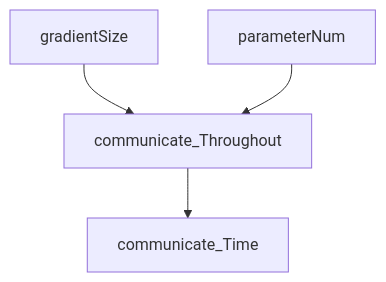
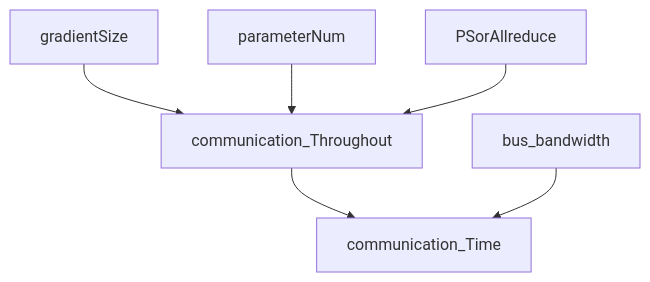
One commit to LukeLIN-web/distrubuted-ML-system changed the diagram in week report/week report 8.11-8.18.md. Above: the diagram before and after it, drawn with Mermaid. The commit also changed other lines of this file and 2 other files, not shown here.

Commit message:
finished PS  communication , doing allreduce ring communication thourghput

````diff
--- a/week report/week report 8.11-8.18.md
+++ b/week report/week report 8.11-8.18.md
@@ -47,6 +47,8 @@
 ```mermaid
 graph 
-gradientSize --> communicate_Throughout
-parameterNum --> communicate_Throughout
-communicate_Throughout --> communicate_Time
+gradientSize --> communication_Throughout
+parameterNum --> communication_Throughout
+PSorAllreduce --> communication_Throughout
+communication_Throughout --> communication_Time
+bus_bandwidth--> communication_Time
 ```
````
